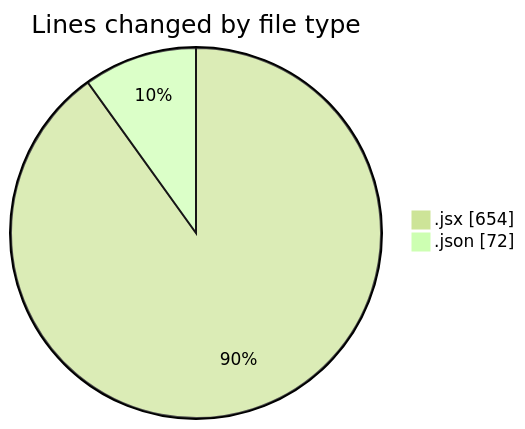
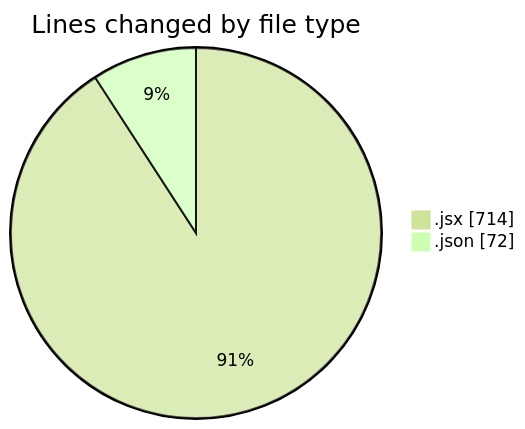
One commit to momahboobian/code-tracking changed the first of 2 diagrams in 2026-03-19/commonwealth-front-end-task/README.md. Above: the diagram before and after it, drawn with Mermaid (forest theme). The commit also changed other lines of this file and 1 other file, not shown here.

````diff
--- a/2026-03-19/commonwealth-front-end-task/README.md
+++ b/2026-03-19/commonwealth-front-end-task/README.md
@@ -23,6 +23,6 @@
 ```mermaid
 pie showData
 title Lines changed by file type
-".jsx" : 654
+".jsx" : 714
 ".json" : 72
 ```
````
